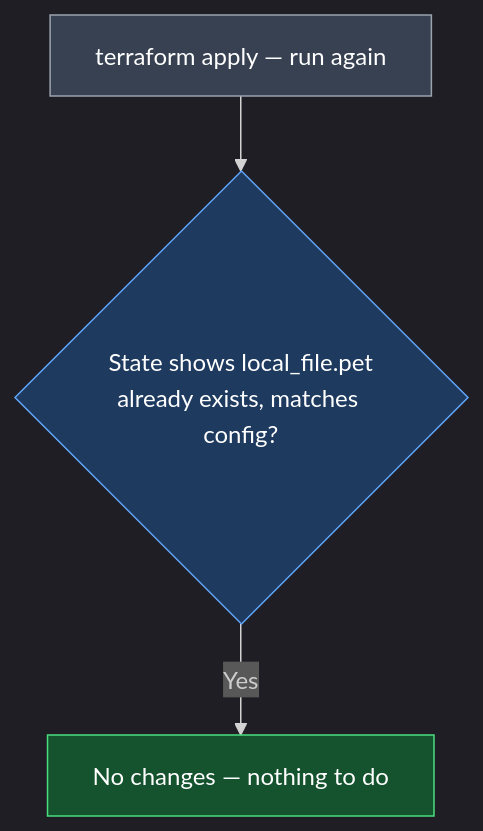
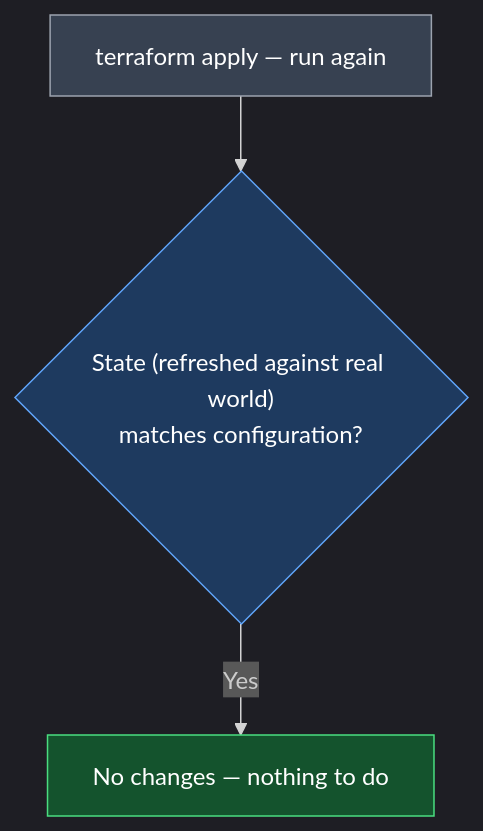
Before and after one commit to nirajp82/Terraform_Basics: the third of 4 diagrams in 05_Terraform_State/01_Terraform_State.md, drawn with Mermaid. The commit also changed other lines of this file, not shown here.

First line of the commit message:
Deepen Terraform State lesson with why-state-exists and three-way compare

````diff
--- a/05_Terraform_State/01_Terraform_State.md
+++ b/05_Terraform_State/01_Terraform_State.md
@@ -88,10 +134,10 @@
 ```mermaid
 %%{init: {'theme': 'dark', 'flowchart': {'htmlLabels': true}}}%%
 flowchart TD
-    APPLY2["terraform apply — run again"] --> CHECK{"State shows local_file.pet<br>already exists, matches config?"}
+    APPLY2["terraform apply — run again"] --> CHECK{"State (refreshed against real world)<br>matches configuration?"}
     CHECK -->|"Yes"| NOOP["No changes — nothing to do"]
 
     style APPLY2 fill:#374151,stroke:#9ca3af,color:#ffffff
     style CHECK fill:#1e3a5f,stroke:#60a5fa,color:#ffffff
     style NOOP fill:#14532d,stroke:#4ade80,color:#ffffff
 ```
````
